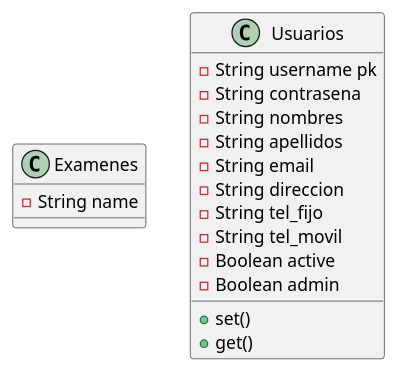
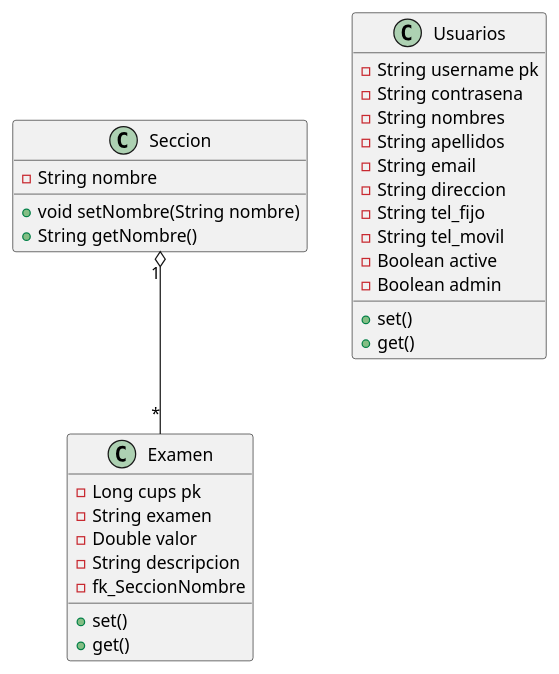
One commit to guevara1981/ProyectoMisionTicCiclo3 changed the diagram in agenda-lab/doc/modelo_datos.puml. Above: the diagram before and after it, drawn with PlantUML. The commit also changed 19 other files, not shown here.

```diff
--- a/agenda-lab/doc/modelo_datos.puml
+++ b/agenda-lab/doc/modelo_datos.puml
@@ -1,23 +1,37 @@
 @startuml
 
-class Examenes{
-    - String name
+class Seccion{
+    - String nombre
+    + void setNombre(String nombre)
+    + String getNombre()
+
 }
+
+class Examen{
+    - Long cups pk
+    - String examen
+    - Double valor
+    - String descripcion
+    - fk_SeccionNombre
+    + set()
+    + get()
+}
+Seccion "1" o-- "*" Examen
 
 class Usuarios{
     - String username pk
     - String contrasena
     - String nombres
     - String apellidos
     - String email
     - String direccion
     - String tel_fijo
     - String tel_movil
     - Boolean active
     - Boolean admin
     +set()
     +get()
 
 }
 
 @enduml
```
